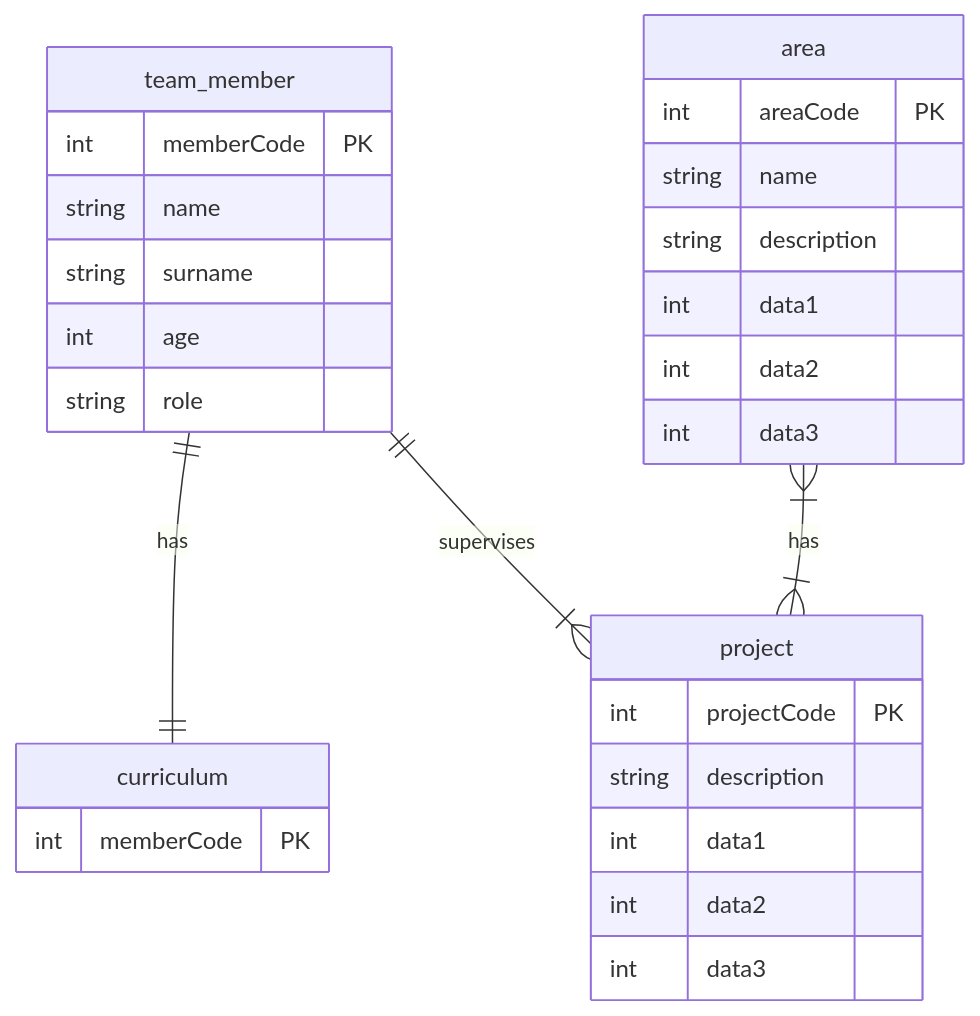
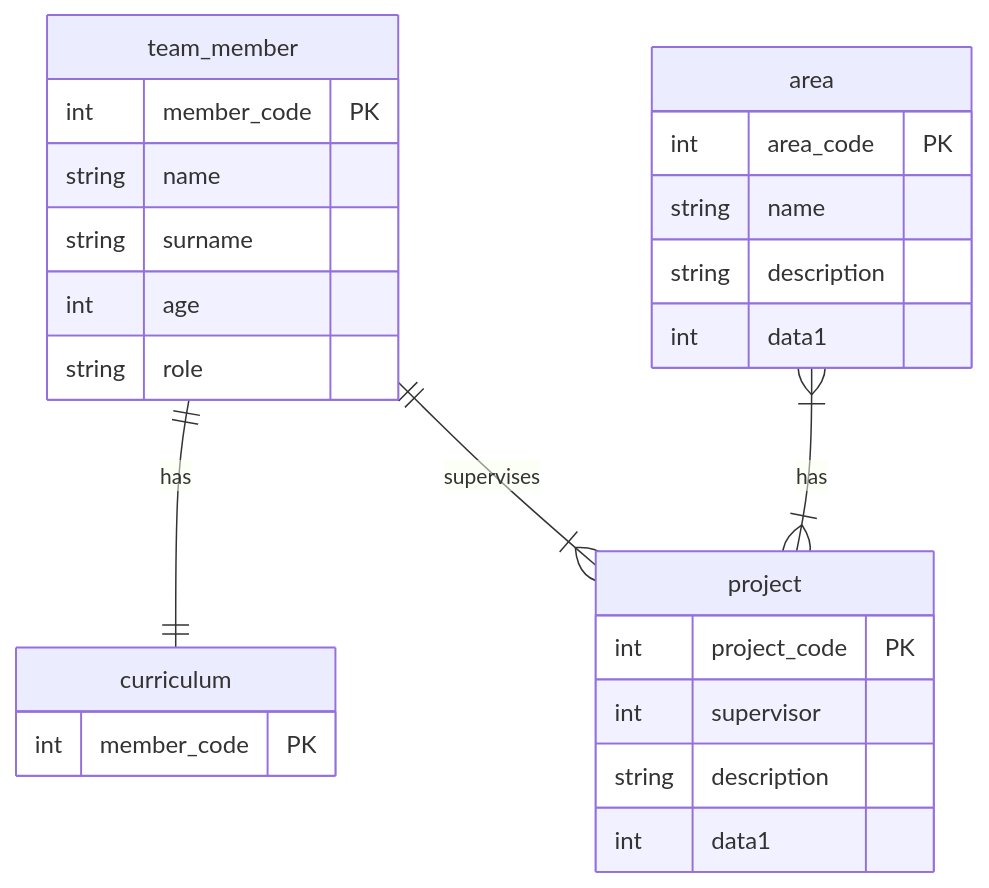
Before and after one commit to zibasPk/hypermedia-application-2023: the diagram in README.md, drawn with Mermaid.

Commit message:
update to sql schema

````diff
--- a/README.md
+++ b/README.md
@@ -9,33 +9,30 @@
 ```mermaid
 erDiagram 
     team_member {
-        int memberCode PK
+        int member_code PK
         string name
         string surname
         int age
         string role
     }
     curriculum {
-        int memberCode PK
+        int member_code PK
     }
     area {
-        int areaCode PK
+        int area_code PK
         string name
         string description
         int data1
-        int data2
-        int data3
     }
     project {
-        int projectCode PK
+        int project_code PK
+        int supervisor
         string description
         int data1
-        int data2
-        int data3
     }
 
     team_member ||--|| curriculum : has
     team_member ||--|{ project : supervises
     area }|--|{ project: has
 
 ```
````
